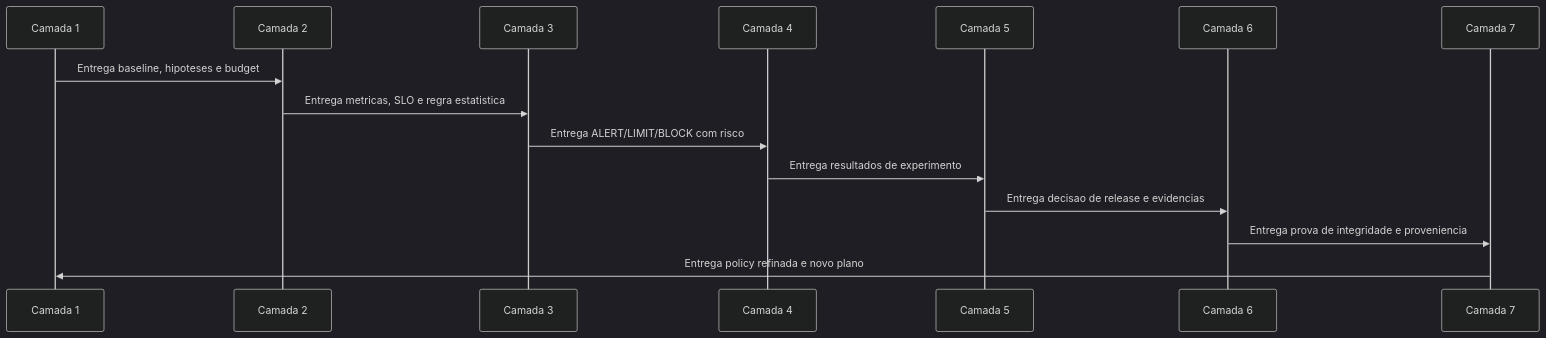
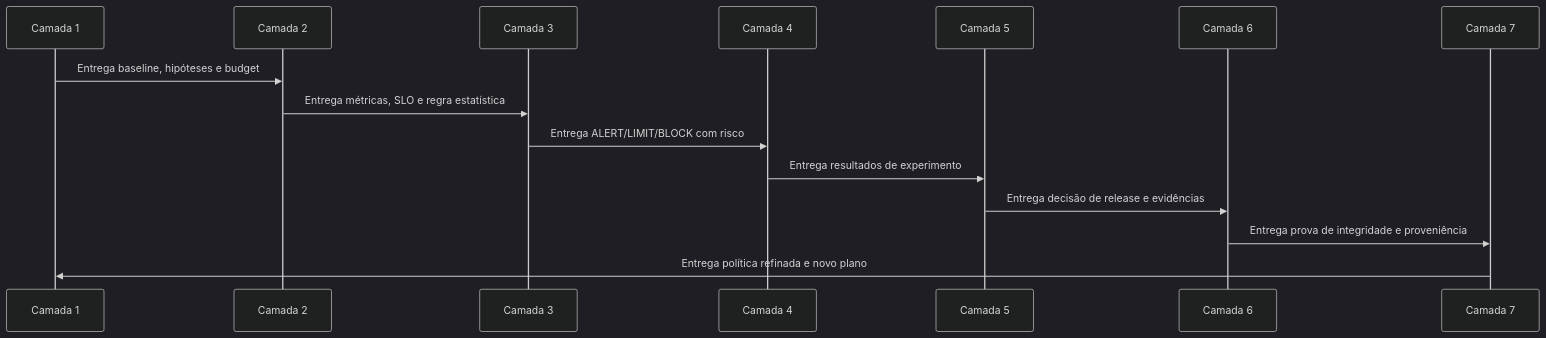
Before and after one commit to richardsonlima/mecade: the fifth of 8 diagrams in OVERVIEW_FRAMEWORK_MECADE.md, drawn with Mermaid (dark theme). The commit also changed other lines of this file and 15 other files, not shown here.

````diff
--- a/OVERVIEW_FRAMEWORK_MECADE.md
+++ b/OVERVIEW_FRAMEWORK_MECADE.md
@@ -108,18 +131,18 @@
 ```mermaid
 sequenceDiagram
-  participant C1 as Camada 1
-  participant C2 as Camada 2
-  participant C3 as Camada 3
-  participant C4 as Camada 4
-  participant C5 as Camada 5
-  participant C6 as Camada 6
-  participant C7 as Camada 7
+    participant C1 as Camada 1
+    participant C2 as Camada 2
+    participant C3 as Camada 3
+    participant C4 as Camada 4
+    participant C5 as Camada 5
+    participant C6 as Camada 6
+    participant C7 as Camada 7
 
-  C1->>C2: Entrega baseline, hipoteses e budget
-  C2->>C3: Entrega metricas, SLO e regra estatistica
-  C3->>C4: Entrega ALERT/LIMIT/BLOCK com risco
-  C4->>C5: Entrega resultados de experimento
-  C5->>C6: Entrega decisao de release e evidencias
-  C6->>C7: Entrega prova de integridade e proveniencia
-  C7->>C1: Entrega policy refinada e novo plano
+    C1->>C2: Entrega baseline, hipóteses e budget
+    C2->>C3: Entrega métricas, SLO e regra estatística
+    C3->>C4: Entrega ALERT/LIMIT/BLOCK com risco
+    C4->>C5: Entrega resultados de experimento
+    C5->>C6: Entrega decisão de release e evidências
+    C6->>C7: Entrega prova de integridade e proveniência
+    C7->>C1: Entrega política refinada e novo plano
 ```
````
